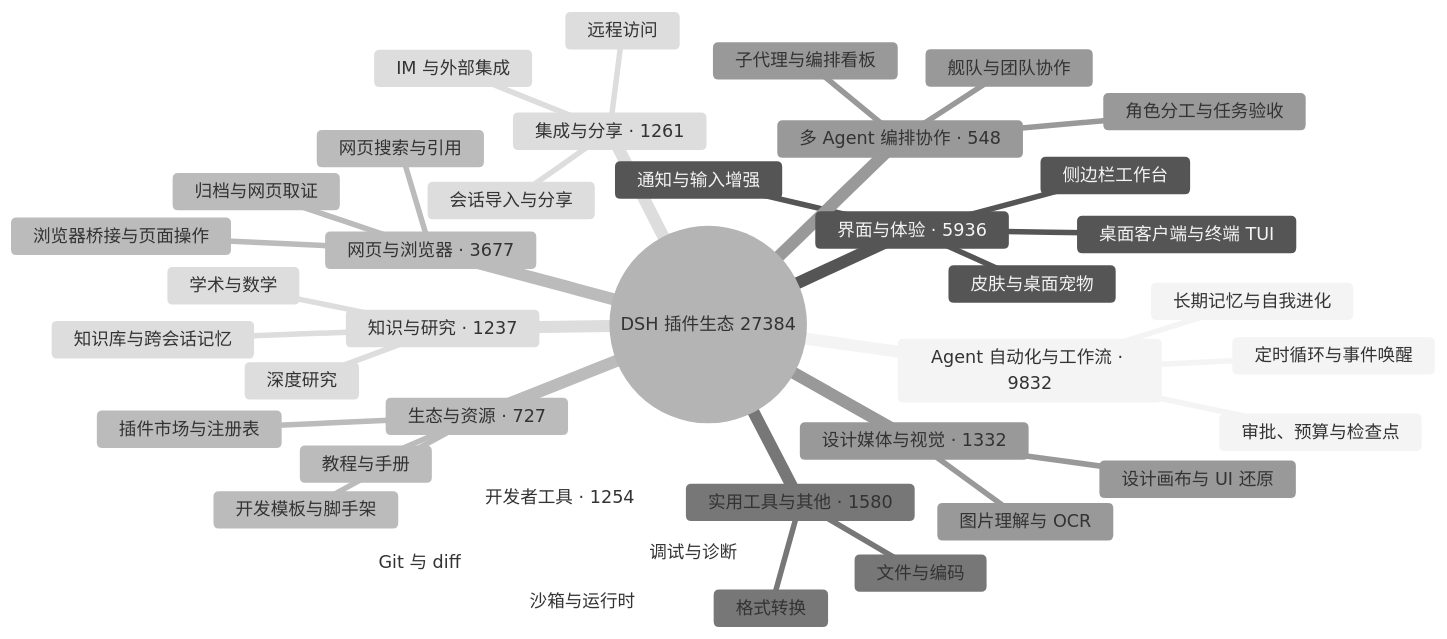
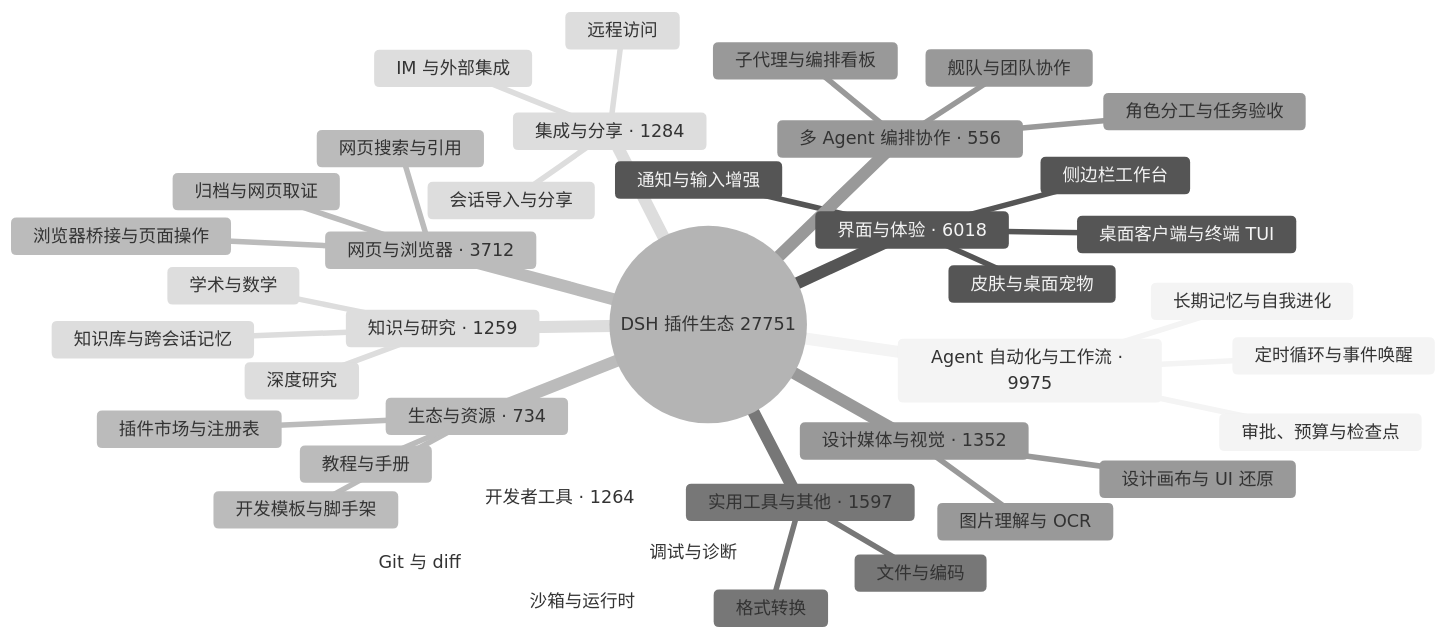
The diagram in README.md (bruc3van/awesome-dsh-plugin), drawn with Mermaid (neutral theme) before and after one commit. The commit also changed other lines of this file and 30 other files, not shown here.

````diff
--- a/README.md
+++ b/README.md
@@ -32,43 +32,43 @@
 ```mermaid
 mindmap
-  root((DSH 插件生态 27384))
-    Agent 自动化与工作流 · 9832
+  root((DSH 插件生态 27751))
+    Agent 自动化与工作流 · 9975
       定时循环与事件唤醒
       长期记忆与自我进化
       审批、预算与检查点
-    界面与体验 · 5936
+    界面与体验 · 6018
       桌面客户端与终端 TUI
       侧边栏工作台
       皮肤与桌面宠物
       通知与输入增强
-    网页与浏览器 · 3677
+    网页与浏览器 · 3712
       浏览器桥接与页面操作
       网页搜索与引用
       归档与网页取证
-    实用工具与其他 · 1580
+    实用工具与其他 · 1597
       文件与编码
       格式转换
-    设计媒体与视觉 · 1332
+    设计媒体与视觉 · 1352
       图片理解与 OCR
       设计画布与 UI 还原
-    集成与分享 · 1261
+    集成与分享 · 1284
       会话导入与分享
       远程访问
       IM 与外部集成
-    开发者工具 · 1254
+    开发者工具 · 1264
       Git 与 diff
       沙箱与运行时
       调试与诊断
-    知识与研究 · 1237
+    知识与研究 · 1259
       知识库与跨会话记忆
       深度研究
       学术与数学
-    生态与资源 · 727
+    生态与资源 · 734
       插件市场与注册表
       开发模板与脚手架
       教程与手册
-    多 Agent 编排协作 · 548
+    多 Agent 编排协作 · 556
       子代理与编排看板
       舰队与团队协作
       角色分工与任务验收
 ```
````
